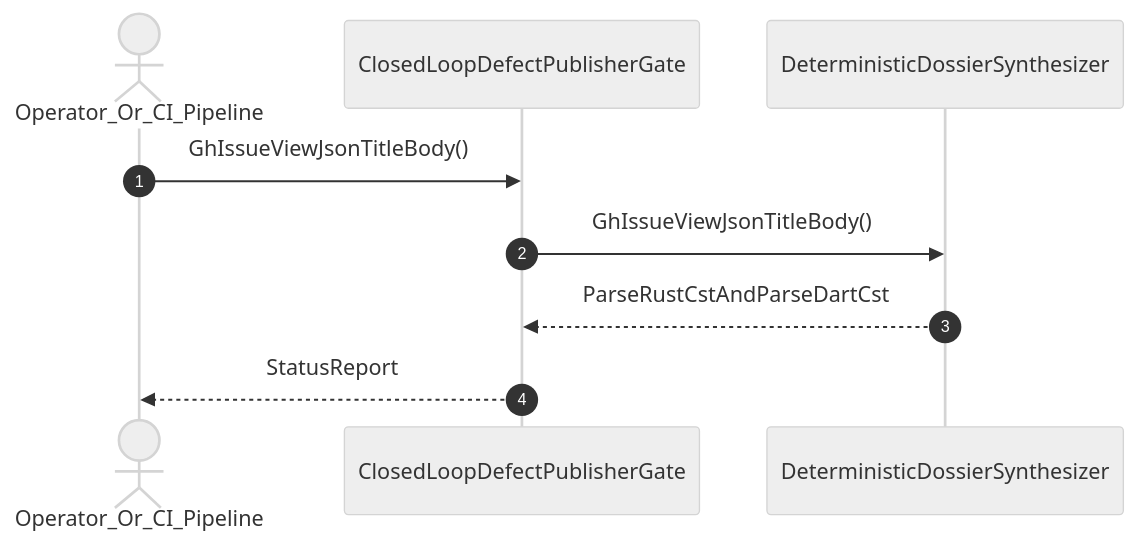
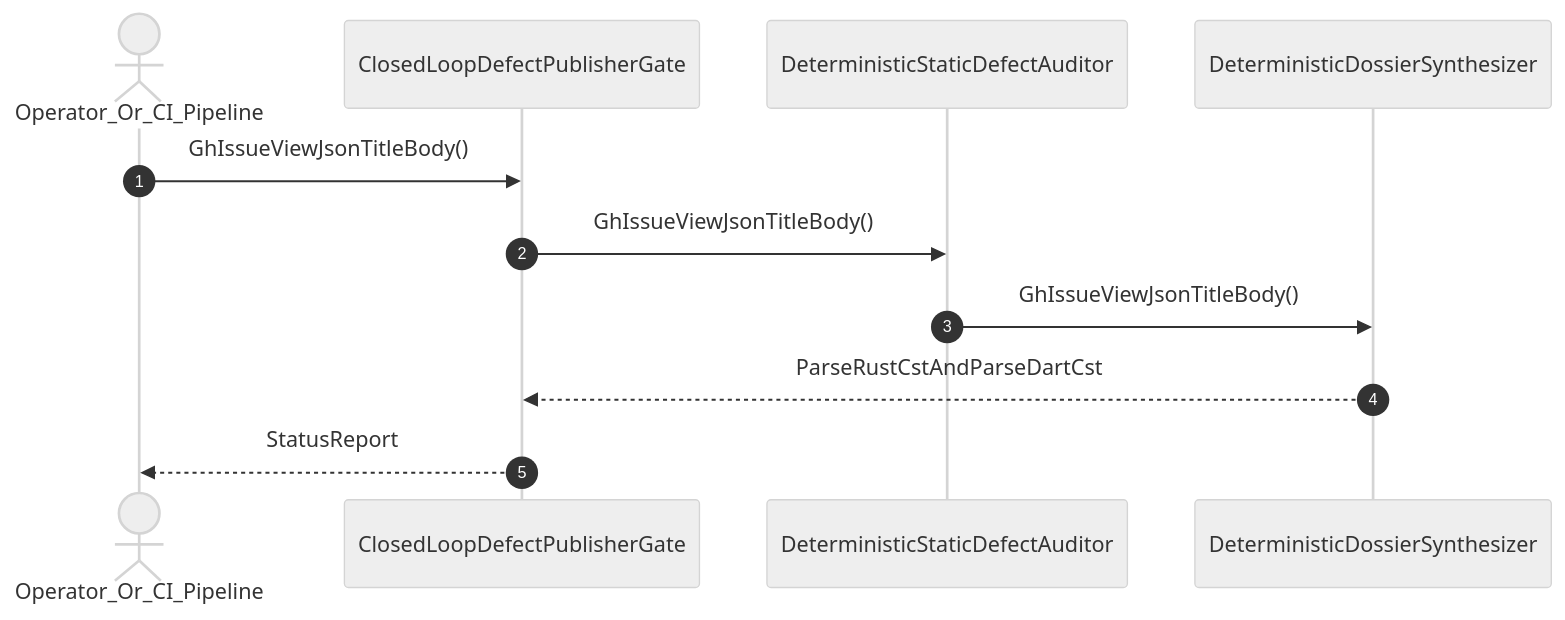
Before and after one commit to gintatkinson/DEAP01-spec-core: the diagram in .pipeline/upstream/docs/user-stories/US-44-GhIssueViewJsonTitleBody.md, drawn with Mermaid (neutral theme). The commit also changed other lines of this file and 225 other files, not shown here.

````diff
--- a/.pipeline/upstream/docs/user-stories/US-44-GhIssueViewJsonTitleBody.md
+++ b/.pipeline/upstream/docs/user-stories/US-44-GhIssueViewJsonTitleBody.md
@@ -38,11 +39,13 @@
 ```mermaid
 sequenceDiagram
     autonumber
     actor Operator_Or_CI_Pipeline
     participant ClosedLoopDefectPublisherGate
+    participant DeterministicStaticDefectAuditor
     participant DeterministicDossierSynthesizer
     Operator_Or_CI_Pipeline->>ClosedLoopDefectPublisherGate: GhIssueViewJsonTitleBody()
-    ClosedLoopDefectPublisherGate->>DeterministicDossierSynthesizer: GhIssueViewJsonTitleBody()
+    ClosedLoopDefectPublisherGate->>DeterministicStaticDefectAuditor: GhIssueViewJsonTitleBody()
+    DeterministicStaticDefectAuditor->>DeterministicDossierSynthesizer: GhIssueViewJsonTitleBody()
     DeterministicDossierSynthesizer-->>ClosedLoopDefectPublisherGate: ParseRustCstAndParseDartCst
     ClosedLoopDefectPublisherGate-->>Operator_Or_CI_Pipeline: StatusReport
 ```
````
